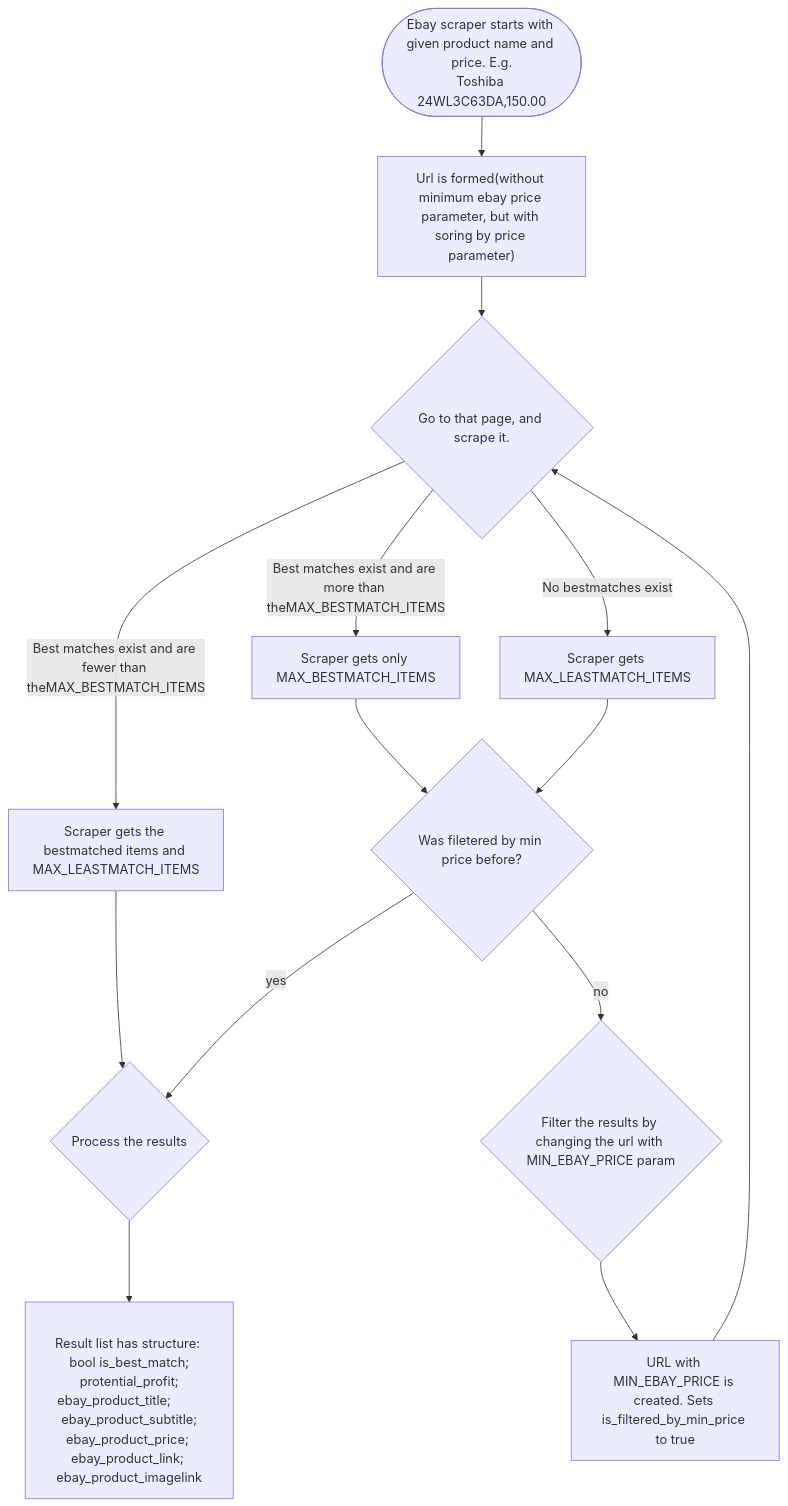
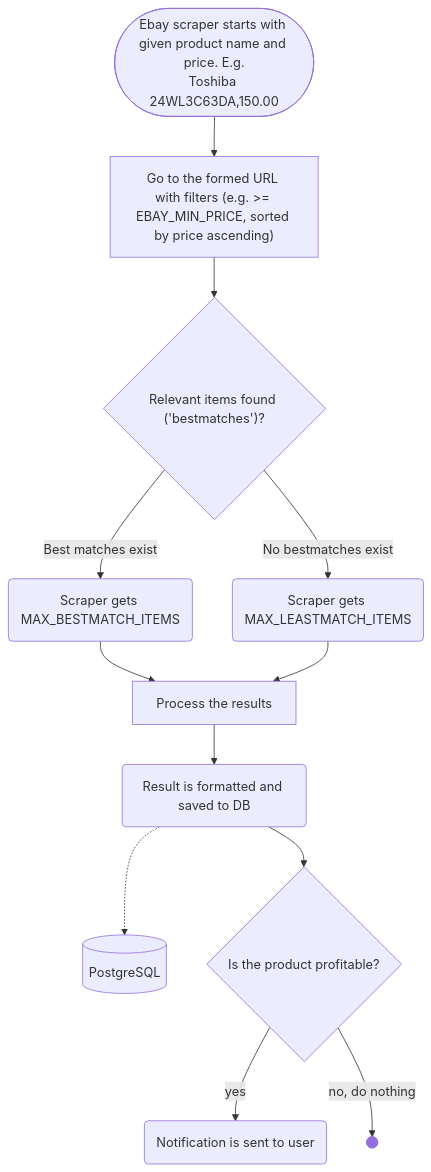
One commit to ni-ckk/AutoDropshipper changed the diagram in docs/scrapers/Ebay_scraper_flow.md. Above: the diagram before and after it, drawn with Mermaid.

Commit message:
ebay flow diagram changed logic

````diff
--- a/docs/scrapers/Ebay_scraper_flow.md
+++ b/docs/scrapers/Ebay_scraper_flow.md
@@ -1,23 +1,23 @@
 ```mermaid
 flowchart TD
-    B{"Go to that page, and scrape it."} -- "Best matches exist and are fewer than the<span style=background-color:>MAX_BESTMATCH_ITEMS</span>" --> C["Scraper gets the bestmatched items and MAX_LEASTMATCH_ITEMS"]
-    B -- "Best matches exist and are more than the<span style=background-color:>MAX_BESTMATCH_ITEMS</span>" --> D["Scraper gets only MAX_BESTMATCH_ITEMS"]
+    B@{ label: "Relevant items found ('bestmatches')?" } -- Best matches exist --> C["Scraper gets MAX_BESTMATCH_ITEMS"]
     B -- "<span style=background-color:>No bestmatches exist</span>" --> n1["Scraper gets MAX_LEASTMATCH_ITEMS"]
-    D --> n7["Was filetered by min price before?"]
-    A(["Ebay scraper starts with given product name and price. E.g.<br>Toshiba 24WL3C63DA,150.00"]) --> n3["Url is formed(without minimum ebay price parameter, but with soring by price parameter)"]
+    A(["Ebay scraper starts with given product name and price. E.g.<br>Toshiba 24WL3C63DA,150.00"]) --> n3["Go to the formed URL with filters (e.g. &gt;= EBAY_MIN_PRICE, sorted by price ascending)"]
     n3 --> B
-    n2["Filter the results by changing the url with MIN_EBAY_PRICE param"] --> n4["URL with MIN_EBAY_PRICE is created. Sets is_filtered_by_min_price to true"]
-    rectId["Process the results"] --> n6@{ label: "<span style=\"padding-left:\"><br>Result list has structure: bool is_best_match;<br></span><span style=\"padding-left:\">protential_profit;<br></span><span style=\"padding-left:\">ebay_product_title;</span><span style=\"padding-left:\"><span style=\"white-space-collapse:\">\t<br></span>ebay_product_subtitle;<br></span><span style=\"padding-left:\">ebay_product_price; <br>ebay_</span><span style=\"padding-left:\">product_link; <br>e</span><span style=\"padding-left:\">bay_product_imagelink</span>" }
+    rectId["Process the results"] --> n6["Result is formatted and saved to DB"]
     C --> rectId
-    n7 -- yes --> rectId
-    n7 -- no --> n2
-    n4 --> B
-    n1 --> n7
-    C@{ shape: rect}
-    D@{ shape: rect}
-    n1@{ shape: rect}
-    n7@{ shape: diam}
-    n2@{ shape: diam}
-    rectId@{ shape: diam}
-    n6@{ shape: rect}
+    n1 --> rectId
+    n6 -.-> n7["PostgreSQL"]
+    n6 --> n8["Is the product profitable?"]
+    n8 -- yes --> n9["Notification is sent to user"]
+    n8 -- no, do nothing --> n10["Untitled Node"]
+    B@{ shape: diam}
+    C@{ shape: rounded}
+    n1@{ shape: rounded}
+    rectId@{ shape: proc}
+    n6@{ shape: event}
+    n7@{ shape: db}
+    n8@{ shape: diam}
+    n9@{ shape: rounded}
+    n10@{ shape: f-circ}
 ```
````
